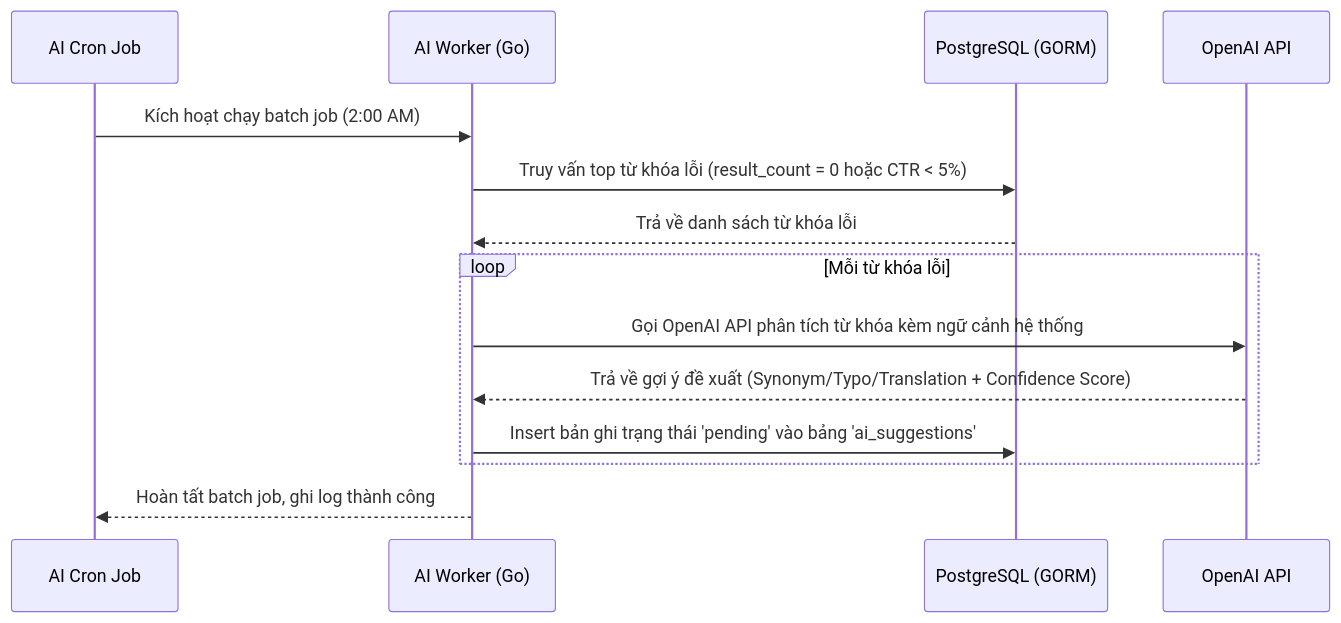
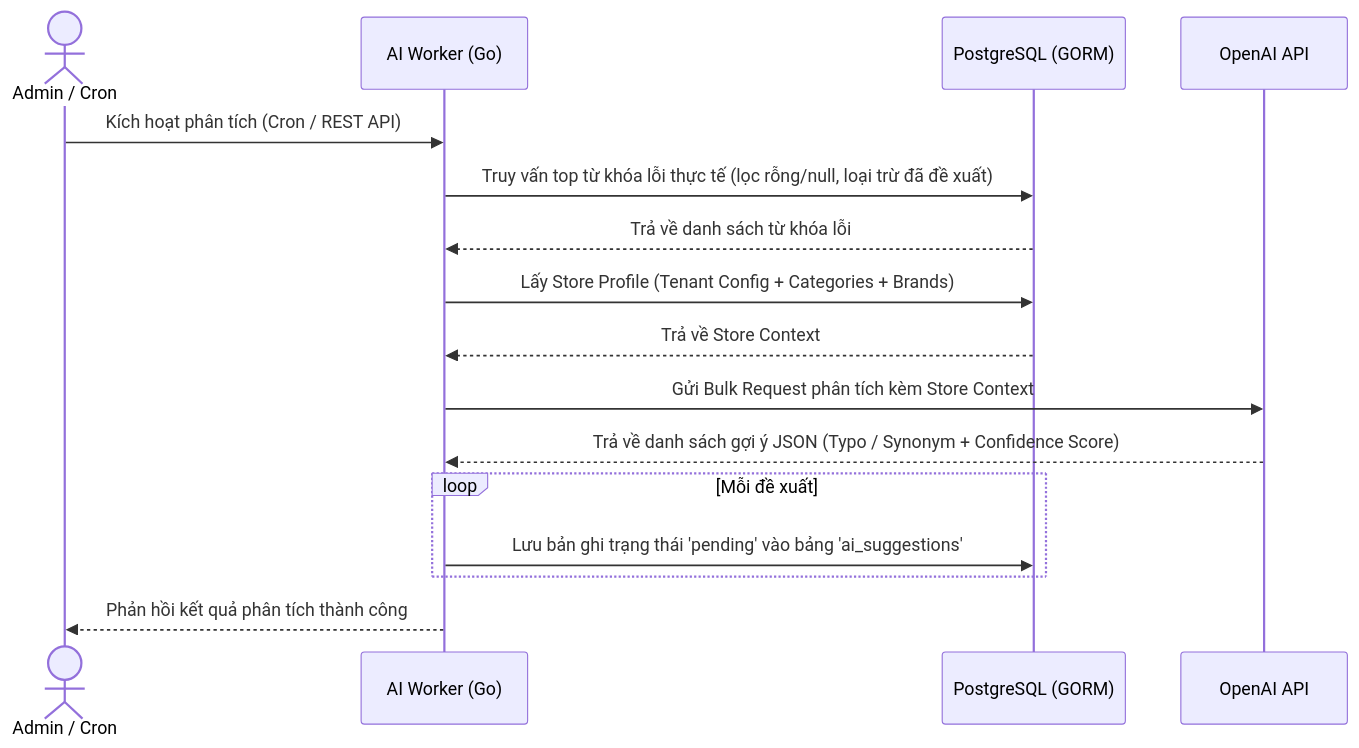
The diagram in ba/user-stories/US-010-AI-Suggestion-Engine.md (PhamHao1412/search-engine), drawn with Mermaid before and after one commit. The commit also changed other lines of this file and 27 other files, not shown here.

Commit message:
[main/day5]feat: implement search spellcheck (us-004), AI suggestions (us-010), and admin dictionary approval(us-012)

````diff
--- a/ba/user-stories/US-010-AI-Suggestion-Engine.md
+++ b/ba/user-stories/US-010-AI-Suggestion-Engine.md
@@ -50,17 +54,19 @@
 ```mermaid
 sequenceDiagram
-participant Cron as AI Cron Job
-participant Worker as AI Worker (Go)
-participant DB as PostgreSQL (GORM)
-participant OpenAI as OpenAI API
+    actor Admin as Admin / Cron
+    participant Worker as AI Worker (Go)
+    participant DB as PostgreSQL (GORM)
+    participant OpenAI as OpenAI API
 
-Cron->>Worker: Kích hoạt chạy batch job (2:00 AM)
-Worker->>DB: Truy vấn top từ khóa lỗi (result_count = 0 hoặc CTR < 5%)
-DB-->>Worker: Trả về danh sách từ khóa lỗi
-loop Mỗi từ khóa lỗi
-    Worker->>OpenAI: Gọi OpenAI API phân tích từ khóa kèm ngữ cảnh hệ thống
-    OpenAI-->>Worker: Trả về gợi ý đề xuất (Synonym/Typo/Translation + Confidence Score)
-    Worker->>DB: Insert bản ghi trạng thái 'pending' vào bảng 'ai_suggestions'
-end
-Worker-->>Cron: Hoàn tất batch job, ghi log thành công
+    Admin->>Worker: Kích hoạt phân tích (Cron / REST API)
+    Worker->>DB: Truy vấn top từ khóa lỗi thực tế (lọc rỗng/null, loại trừ đã đề xuất)
+    DB-->>Worker: Trả về danh sách từ khóa lỗi
+    Worker->>DB: Lấy Store Profile (Tenant Config + Categories + Brands)
+    DB-->>Worker: Trả về Store Context
+    Worker->>OpenAI: Gửi Bulk Request phân tích kèm Store Context
+    OpenAI-->>Worker: Trả về danh sách gợi ý JSON (Typo / Synonym + Confidence Score)
+    loop Mỗi đề xuất
+        Worker->>DB: Lưu bản ghi trạng thái 'pending' vào bảng 'ai_suggestions'
+    end
+    Worker-->>Admin: Phản hồi kết quả phân tích thành công
 ```
````
